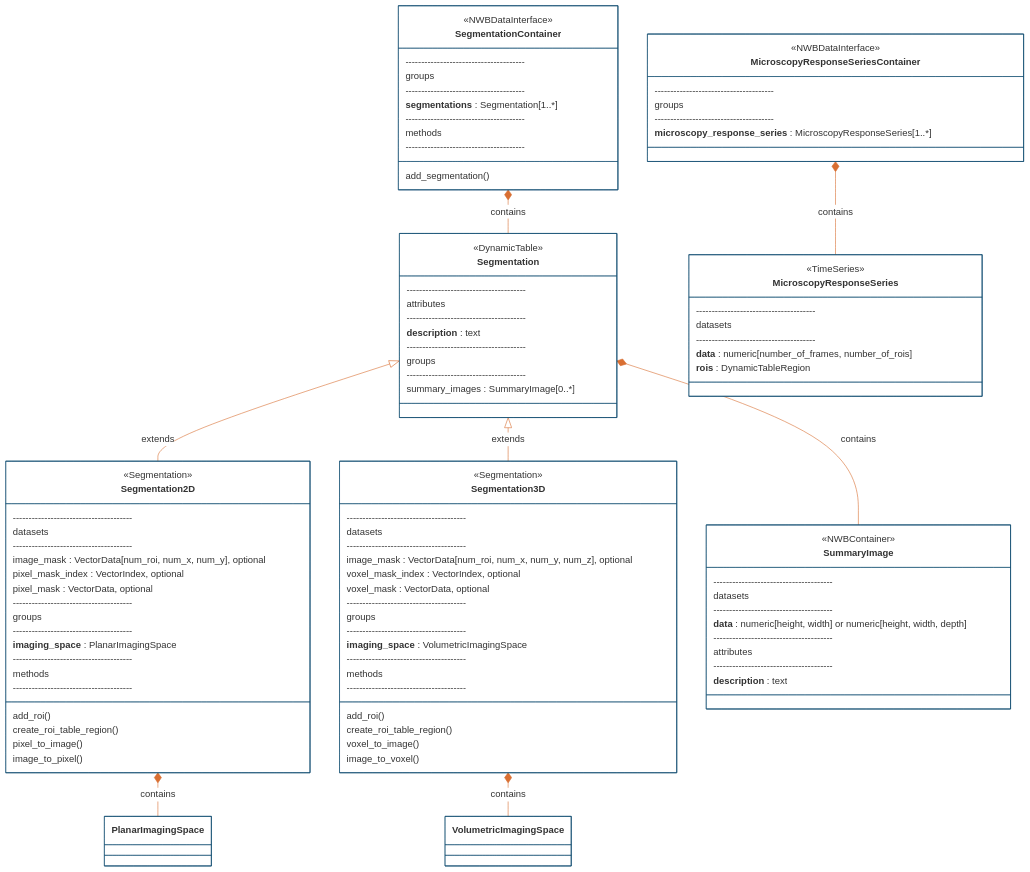
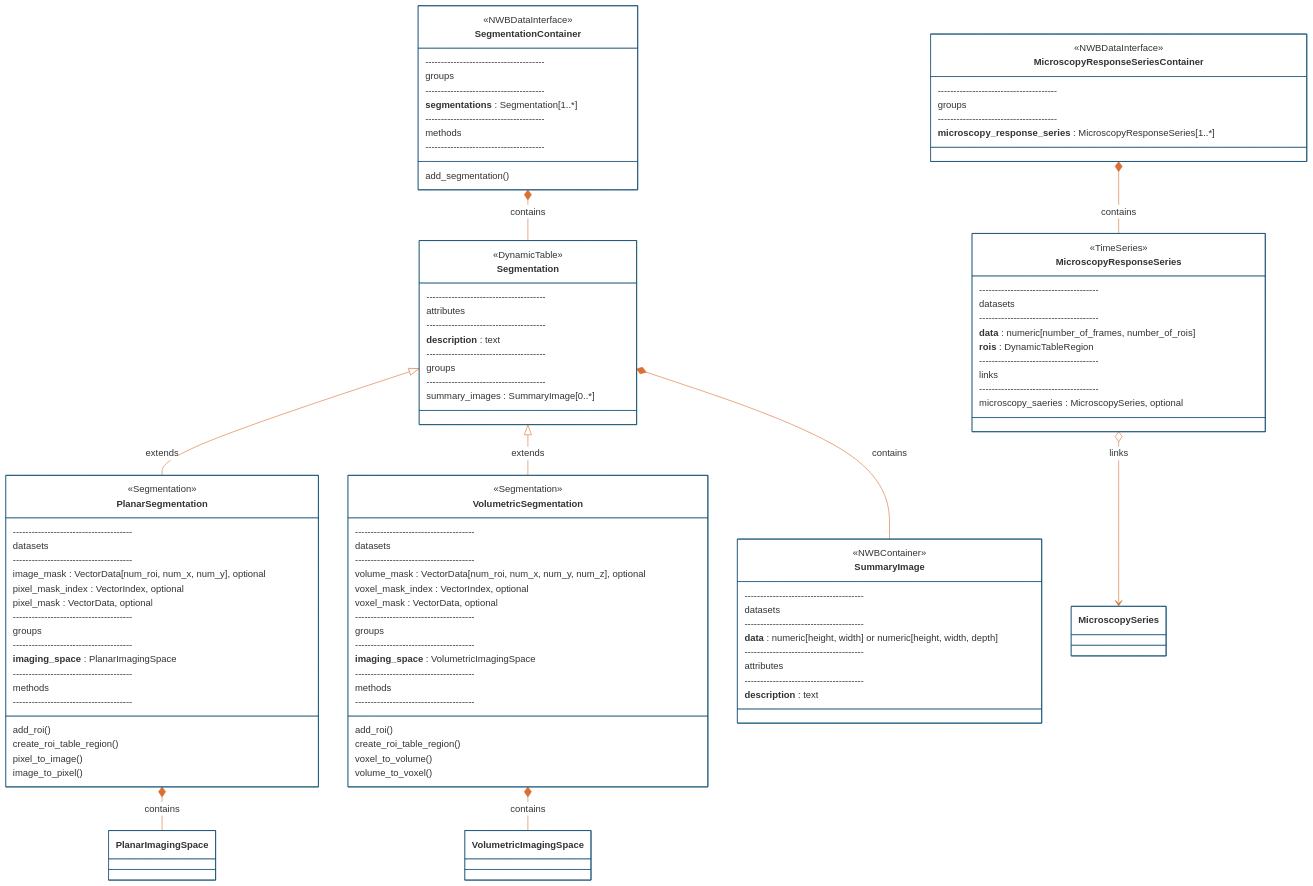
One commit to catalystneuro/ndx-microscopy changed the fourth of 4 diagrams in README.md. Above: the diagram before and after it, drawn with Mermaid. The commit also changed other lines of this file and 26 other files, not shown here.

````diff
--- a/README.md
+++ b/README.md
@@ -397,7 +437,7 @@
         summary_images : SummaryImage[0..*]
     }
 
-    class Segmentation2D {
+    class PlanarSegmentation {
         <<Segmentation>>
         --------------------------------------
         datasets
@@ -418,12 +458,12 @@
         image_to_pixel()
     }
 
-    class Segmentation3D {
+    class VolumetricSegmentation {
         <<Segmentation>>
         --------------------------------------
         datasets
         --------------------------------------
-        image_mask : VectorData[num_roi, num_x, num_y, num_z], optional
+        volume_mask : VectorData[num_roi, num_x, num_y, num_z], optional
         voxel_mask_index : VectorIndex, optional
         voxel_mask : VectorData, optional
         --------------------------------------
@@ -435,8 +475,8 @@
         --------------------------------------
         add_roi()
         create_roi_table_region()
-        voxel_to_image()
-        image_to_voxel()
+        voxel_to_volume()
+        volume_to_voxel()
     }
 
     class SummaryImage {
@@ -470,6 +510,10 @@
         --------------------------------------
         **data** : numeric[number_of_frames, number_of_rois]
         **rois** : DynamicTableRegion
+        --------------------------------------
+        links
+        --------------------------------------
+        microscopy_saeries : MicroscopySeries, optional
     }
 
     class MicroscopyResponseSeriesContainer {
@@ -480,11 +524,12 @@
         **microscopy_response_series** : MicroscopyResponseSeries[1..*]
     }
 
-    Segmentation <|-- Segmentation2D : extends
-    Segmentation <|-- Segmentation3D : extends
+    Segmentation <|-- PlanarSegmentation : extends
+    Segmentation <|-- VolumetricSegmentation : extends
     SegmentationContainer *-- Segmentation : contains
     Segmentation *-- SummaryImage : contains
+    MicroscopyResponseSeries o--> MicroscopySeries : links
     MicroscopyResponseSeriesContainer *-- MicroscopyResponseSeries : contains
-    Segmentation2D *-- PlanarImagingSpace : contains
-    Segmentation3D *-- VolumetricImagingSpace : contains
+    PlanarSegmentation *-- PlanarImagingSpace : contains
+    VolumetricSegmentation *-- VolumetricImagingSpace : contains
 ```
````
